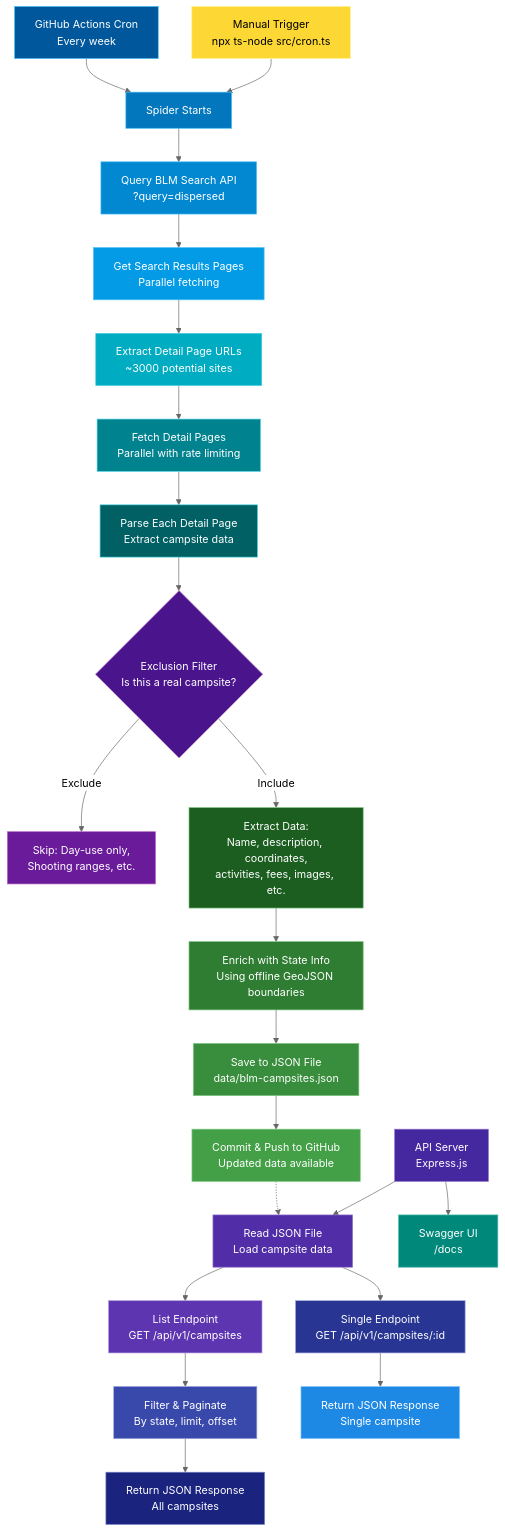
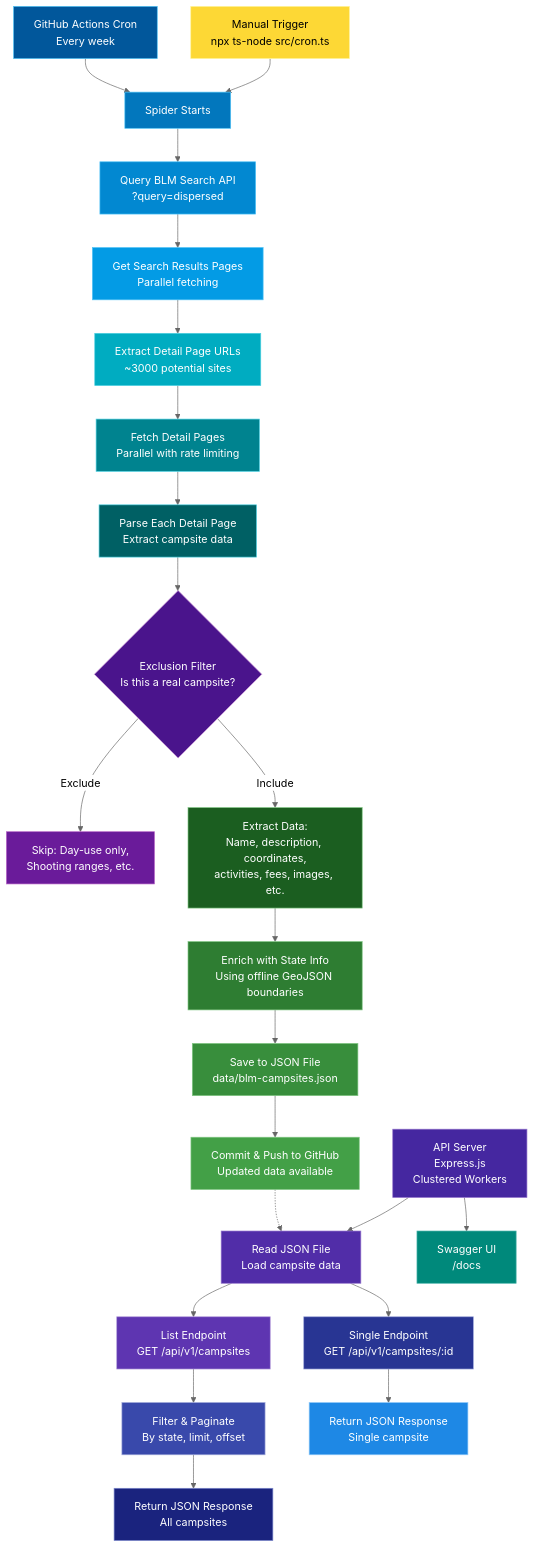
Before and after one commit to baileydunning/blm-spider: the diagram in README.md, drawn with Mermaid (neutral theme). The commit also changed other lines of this file and 1 other file, not shown here.

````diff
--- a/README.md
+++ b/README.md
@@ -28,52 +45,52 @@
 ```mermaid
 graph TB
     A[GitHub Actions Cron<br/>Every week] --> B[Spider Starts]
     B --> C[Query BLM Search API<br/>?query=dispersed]
     C --> D[Get Search Results Pages<br/>Parallel fetching]
     D --> E[Extract Detail Page URLs<br/>~3000 potential sites]
     E --> F[Fetch Detail Pages<br/>Parallel with rate limiting]
     F --> G[Parse Each Detail Page<br/>Extract campsite data]
     G --> H{Exclusion Filter<br/>Is this a real campsite?}
     H -->|Exclude| I[Skip: Day-use only,<br/>Shooting ranges, etc.]
     H -->|Include| J[Extract Data:<br/>Name, description, coordinates,<br/>activities, fees, images, etc.]
     J --> K[Enrich with State Info<br/>Using offline GeoJSON boundaries]
     K --> L[Save to JSON File<br/>data/blm-campsites.json]
     L --> M[Commit & Push to GitHub<br/>Updated data available]
     
-    N[API Server<br/>Express.js] --> O[Read JSON File<br/>Load campsite data]
+    N[API Server<br/>Express.js<br/>Clustered Workers] --> O[Read JSON File<br/>Load campsite data]
     O --> P[List Endpoint<br/>GET /api/v1/campsites]
     P --> Q[Filter & Paginate<br/>By state, limit, offset]
     Q --> R[Return JSON Response<br/>All campsites]
 
     O --> U[Single Endpoint<br/>GET /api/v1/campsites/:id]
     U --> V[Return JSON Response<br/>Single campsite]
 
     N --> W[Swagger UI<br/>/docs]
     
     S[Manual Trigger<br/>npx ts-node src/cron.ts] --> B
     
     M -.-> O
 
     style A fill:#01579b,stroke:#4fc3f7,color:#ffffff
     style B fill:#0277bd,stroke:#4fc3f7,color:#ffffff
     style C fill:#0288d1,stroke:#4fc3f7,color:#ffffff
     style D fill:#039be5,stroke:#4fc3f7,color:#ffffff
     style E fill:#00acc1,stroke:#4dd0e1,color:#ffffff
     style F fill:#00838f,stroke:#4dd0e1,color:#ffffff
     style G fill:#006064,stroke:#4dd0e1,color:#ffffff
     style H fill:#4a148c,stroke:#ce93d8,color:#ffffff
     style I fill:#6a1b9a,stroke:#ba68c8,color:#ffffff
     style J fill:#1b5e20,stroke:#81c784,color:#ffffff
     style K fill:#2e7d32,stroke:#81c784,color:#ffffff
     style L fill:#388e3c,stroke:#81c784,color:#ffffff
     style M fill:#43a047,stroke:#81c784,color:#ffffff
     style N fill:#4527a0,stroke:#9575cd,color:#ffffff
     style O fill:#512da8,stroke:#9575cd,color:#ffffff
     style P fill:#5e35b1,stroke:#b39ddb,color:#ffffff
     style Q fill:#3949ab,stroke:#9fa8da,color:#ffffff
     style R fill:#1a237e,stroke:#7986cb,color:#ffffff
     style U fill:#283593,stroke:#9fa8da,color:#ffffff
     style V fill:#1e88e5,stroke:#90caf9,color:#ffffff
     style W fill:#00897b,stroke:#4db6ac,color:#ffffff
     style S fill:#fdd835,stroke:#fff59d,color:#000000
 ```
````
